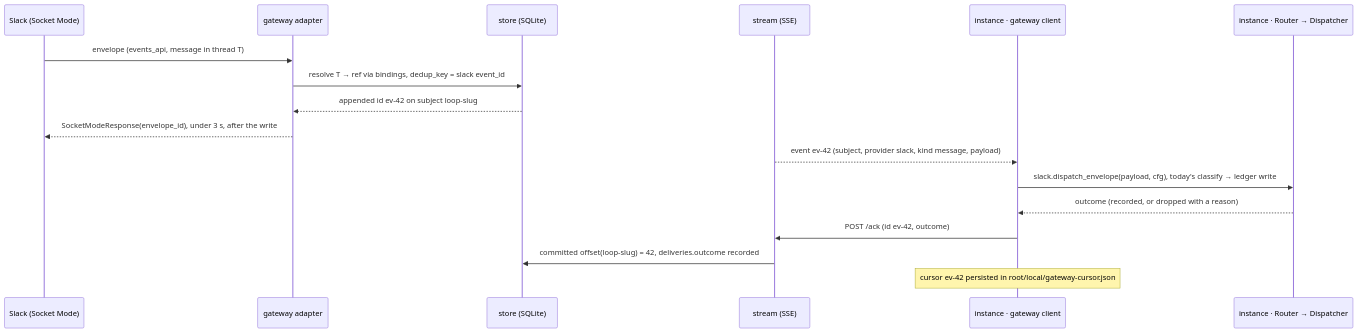
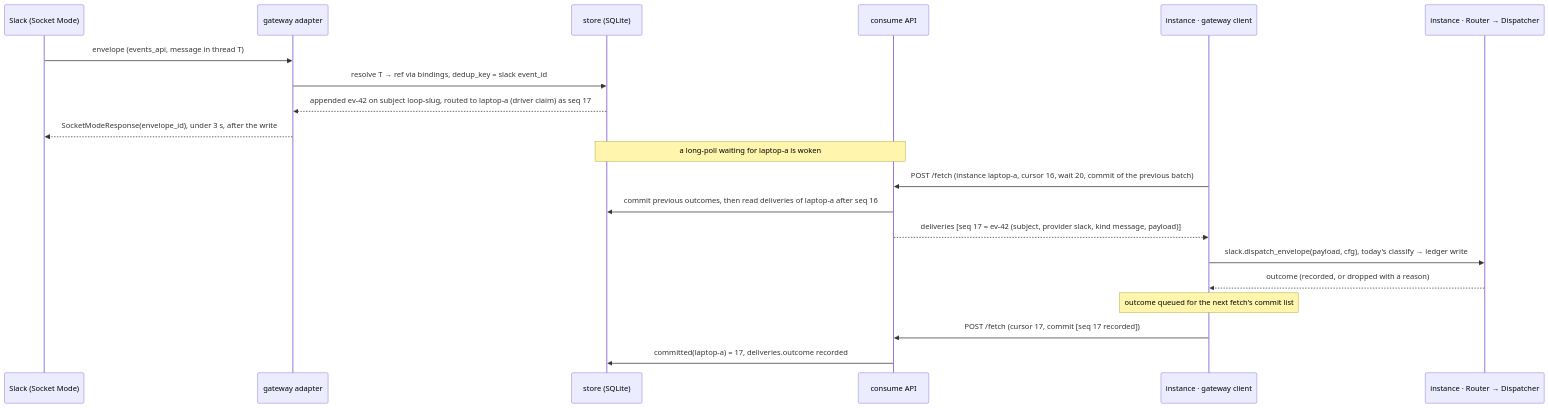
Before and after one commit to MadaraUchiha-314/the-loop: the second of 3 diagrams in docs/specs/issue-496/design.md, drawn with Mermaid. The commit also changed other lines of this file and 2 other files, not shown here.

First line of the commit message:
docs(issue-496): design + testing plan — re-derive for pull consumption and per-instance queues

````diff
--- a/docs/specs/issue-496/design.md
+++ b/docs/specs/issue-496/design.md
@@ -103,19 +114,22 @@
 ```mermaid
 sequenceDiagram
   participant SL as Slack (Socket Mode)
   participant GW as gateway adapter
   participant ST as store (SQLite)
-  participant S as stream (SSE)
+  participant C as consume API
   participant CL as instance · gateway client
   participant D as instance · Router → Dispatcher
   SL->>GW: envelope (events_api, message in thread T)
   GW->>ST: resolve T → ref via bindings, dedup_key = slack event_id
-  ST-->>GW: appended id ev-42 on subject loop-slug
+  ST-->>GW: appended ev-42 on subject loop-slug, routed to laptop-a (driver claim) as seq 17
   GW-->>SL: SocketModeResponse(envelope_id), under 3 s, after the write
-  S-->>CL: event ev-42 (subject, provider slack, kind message, payload)
+  Note over ST,C: a long-poll waiting for laptop-a is woken
+  CL->>C: POST /fetch (instance laptop-a, cursor 16, wait 20, commit of the previous batch)
+  C->>ST: commit previous outcomes, then read deliveries of laptop-a after seq 16
+  C-->>CL: deliveries [seq 17 = ev-42 (subject, provider slack, kind message, payload)]
   CL->>D: slack.dispatch_envelope(payload, cfg), today's classify → ledger write
   D-->>CL: outcome (recorded, or dropped with a reason)
-  CL->>S: POST /ack (id ev-42, outcome)
-  S->>ST: committed offset(loop-slug) = 42, deliveries.outcome recorded
-  Note over CL: cursor ev-42 persisted in root/local/gateway-cursor.json
+  Note over CL: outcome queued for the next fetch's commit list
+  CL->>C: POST /fetch (cursor 17, commit [seq 17 recorded])
+  C->>ST: committed(laptop-a) = 17, deliveries.outcome recorded
 ```
````
